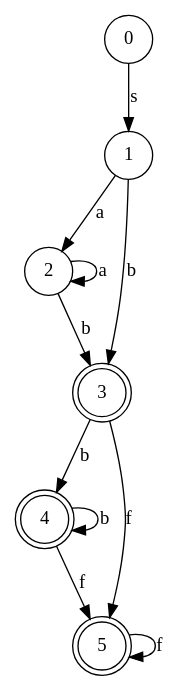
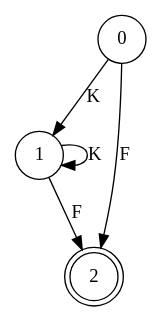
The diagram in visualization/DFA.gv (julia-bel/machine_learning_of_patterns), drawn with Graphviz before and after one commit. The commit also changed 21 other files, not shown here.

```diff
--- a/visualization/DFA.gv
+++ b/visualization/DFA.gv
@@ -1,18 +1,9 @@
 digraph {
 	0 [shape=circle]
-	0 -> 1 [label=s]
+	0 -> 1 [label=K]
+	0 -> 2 [label=F]
+	2 [shape=doublecircle]
 	1 [shape=circle]
-	1 -> 2 [label=a]
-	1 -> 3 [label=b]
-	3 [shape=doublecircle]
-	3 -> 4 [label=b]
-	3 -> 5 [label=f]
-	5 [shape=doublecircle]
-	5 -> 5 [label=f]
-	4 [shape=doublecircle]
-	4 -> 4 [label=b]
-	4 -> 5 [label=f]
-	2 [shape=circle]
-	2 -> 2 [label=a]
-	2 -> 3 [label=b]
+	1 -> 1 [label=K]
+	1 -> 2 [label=F]
 }
```
